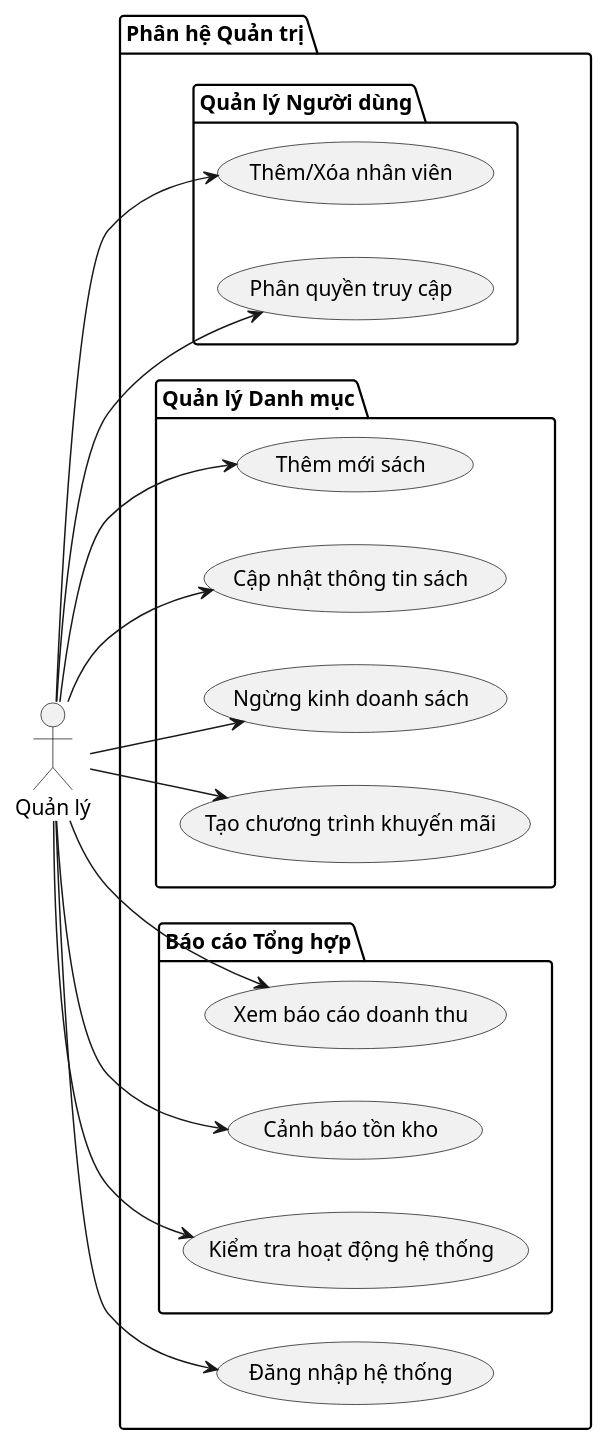
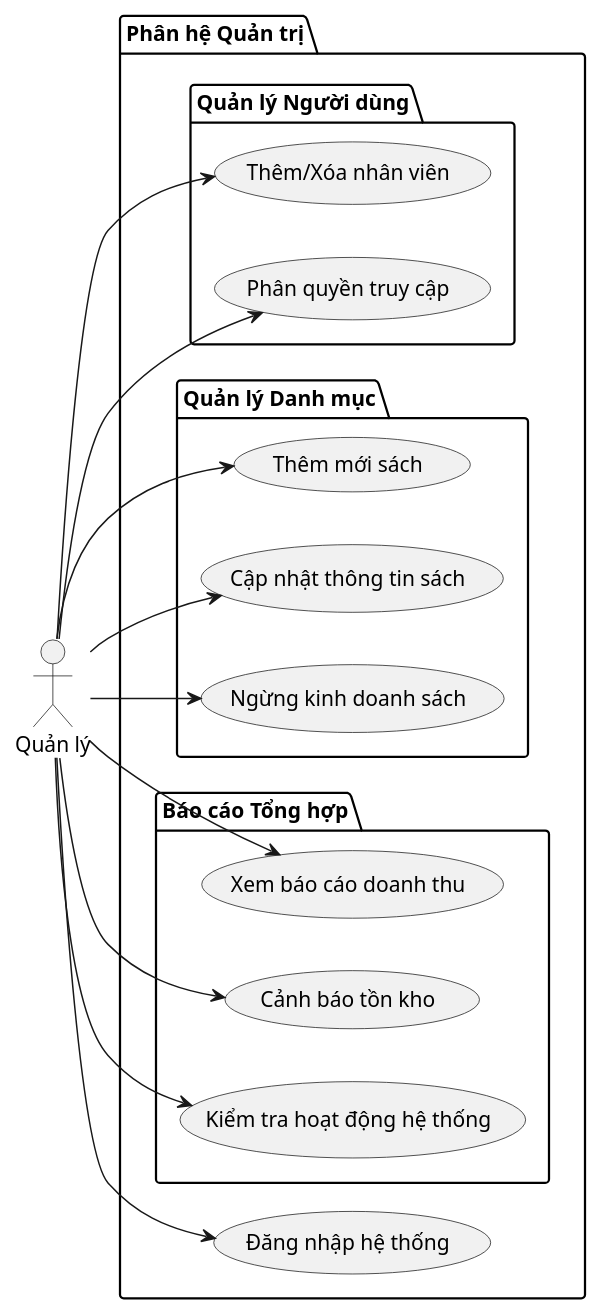
Before and after one commit to Kh0anh/QuanLyNhaSach: the diagram in docs/use case/actor Quản lý.plantuml, drawn with PlantUML. The commit also changed 6 other files, not shown here.

```diff
--- a/docs/use case/actor Quản lý.plantuml
+++ b/docs/use case/actor Quản lý.plantuml
@@ -1,37 +1,35 @@
 @startuml
 left to right direction
 actor "Quản lý" as QL
 
 package "Phân hệ Quản trị" {
     usecase "Đăng nhập hệ thống" as UC_Login
     
     package "Quản lý Người dùng" {
         usecase "Thêm/Xóa nhân viên" as UC_QLNV
         usecase "Phân quyền truy cập" as UC_PhanQuyen
     }
 
     package "Quản lý Danh mục" {
         usecase "Thêm mới sách" as UC_ThemSach
         usecase "Cập nhật thông tin sách" as UC_SuaSach
         usecase "Ngừng kinh doanh sách" as UC_XoaSach
-        usecase "Tạo chương trình khuyến mãi" as UC_KhuyenMai
     }
 
     package "Báo cáo Tổng hợp" {
         usecase "Xem báo cáo doanh thu" as UC_BaoCao
         usecase "Cảnh báo tồn kho" as UC_TonKho
         usecase "Kiểm tra hoạt động hệ thống" as UC_Log
     }
 }
 
 QL --> UC_Login
 QL --> UC_QLNV
 QL --> UC_PhanQuyen
 QL --> UC_ThemSach
 QL --> UC_SuaSach
 QL --> UC_XoaSach
-QL --> UC_KhuyenMai
 QL --> UC_BaoCao
 QL --> UC_Log
 QL --> UC_TonKho
 @enduml
```
